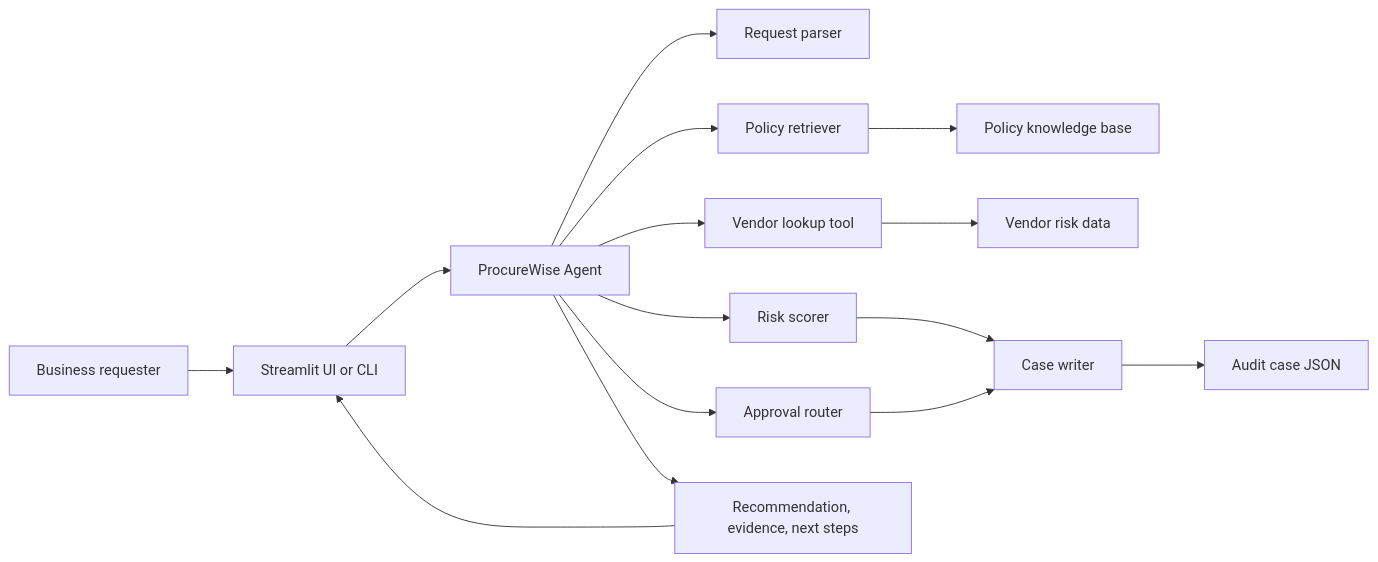
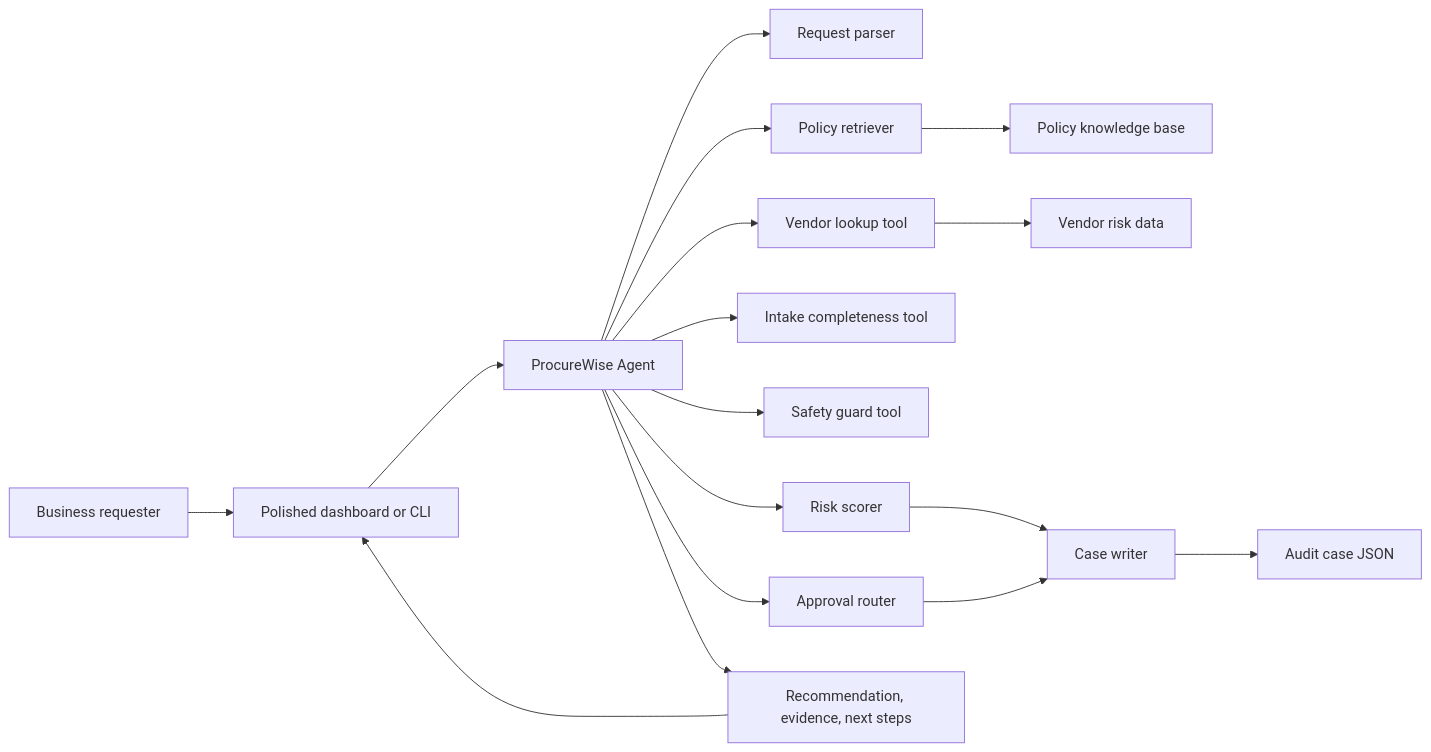
One commit to 0Fin0/procurewise-AI-agent changed the first of 2 diagrams in docs/architecture.md. Above: the diagram before and after it, drawn with Mermaid. The commit also changed other lines of this file and 29 other files, not shown here.

````diff
--- a/docs/architecture.md
+++ b/docs/architecture.md
@@ -7,17 +7,19 @@
 ```mermaid
 flowchart LR
-    User["Business requester"] --> UI["Streamlit UI or CLI"]
+    User["Business requester"] --> UI["Polished dashboard or CLI"]
     UI --> Agent["ProcureWise Agent"]
     Agent --> Parser["Request parser"]
     Agent --> RAG["Policy retriever"]
     Agent --> VendorTool["Vendor lookup tool"]
+    Agent --> IntakeTool["Intake completeness tool"]
+    Agent --> SafetyTool["Safety guard tool"]
     Agent --> ApprovalTool["Approval router"]
     Agent --> RiskTool["Risk scorer"]
     RAG --> KB["Policy knowledge base"]
     VendorTool --> VendorCSV["Vendor risk data"]
     RiskTool --> CaseWriter["Case writer"]
     ApprovalTool --> CaseWriter
     CaseWriter --> Audit["Audit case JSON"]
     Agent --> Response["Recommendation, evidence, next steps"]
     Response --> UI
 ```
````
